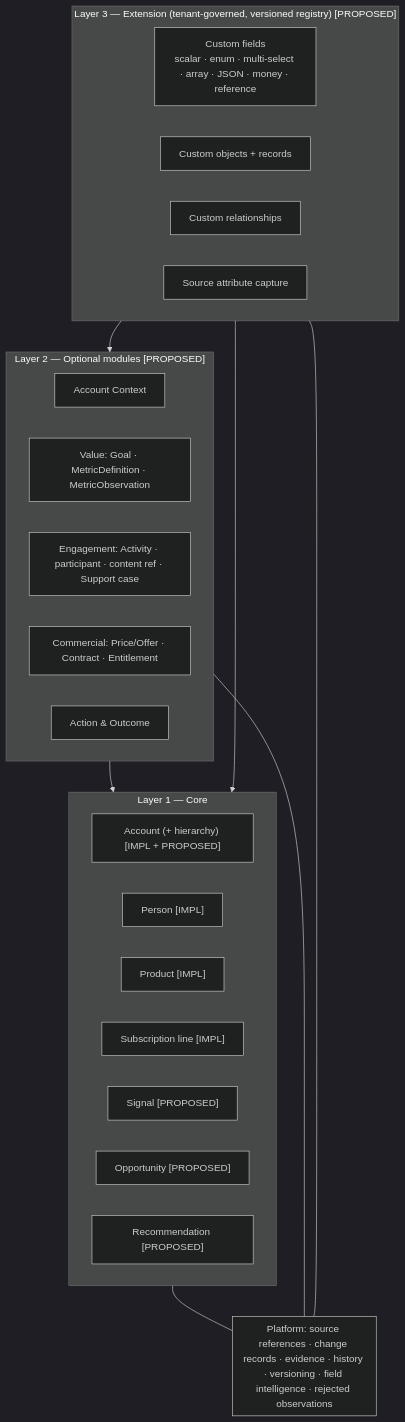
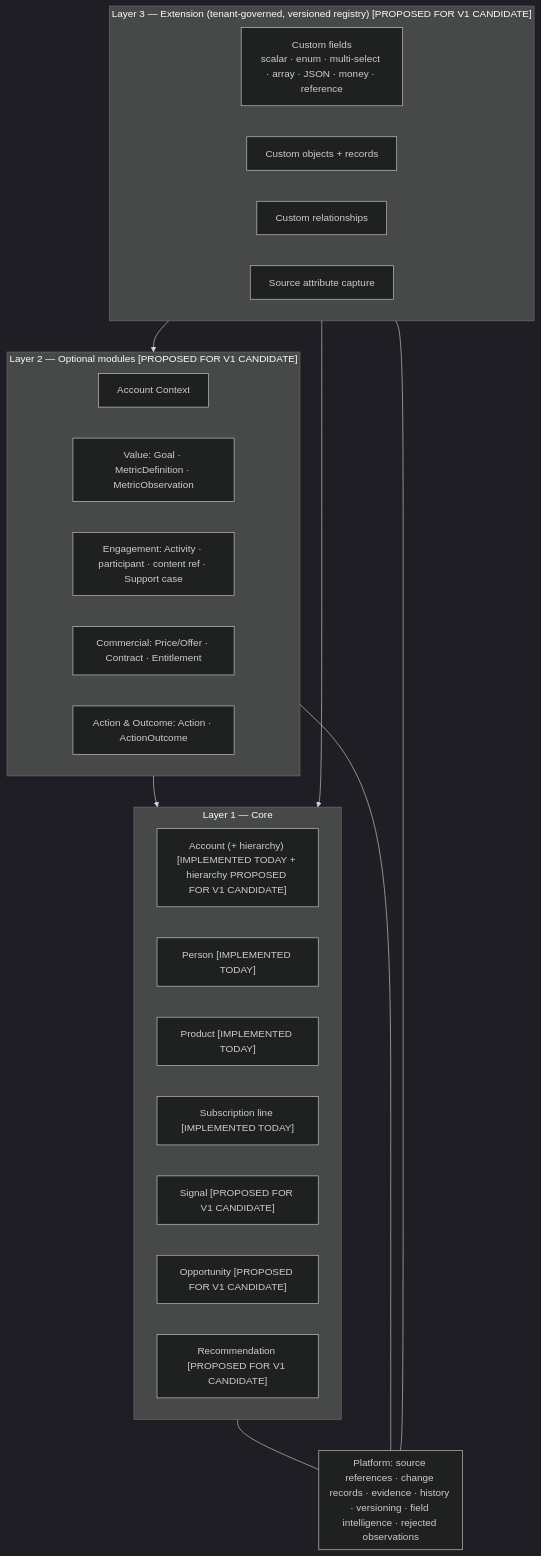
One commit to dataanalystram/revenueintelligence changed the second of 5 diagrams in docs/architecture/canonical-v1/CANDIDATE.md. Above: the diagram before and after it, drawn with Mermaid (dark theme). The commit also changed other lines of this file and 9 other files, not shown here.

First line of the commit message:
M9E E11: consistency and architecture pressure check (documentation only)

````diff
--- a/docs/architecture/canonical-v1/CANDIDATE.md
+++ b/docs/architecture/canonical-v1/CANDIDATE.md
@@ -62,32 +63,32 @@
 ```mermaid
 flowchart TB
-  subgraph EXT["Layer 3 — Extension (tenant-governed, versioned registry) [PROPOSED]"]
+  subgraph EXT["Layer 3 — Extension (tenant-governed, versioned registry) [PROPOSED FOR V1 CANDIDATE]"]
     CF["Custom fields<br/>scalar · enum · multi-select · array · JSON · money · reference"]
     CO["Custom objects + records"]
     CR["Custom relationships"]
     SA["Source attribute capture"]
   end
-  subgraph MOD["Layer 2 — Optional modules [PROPOSED]"]
+  subgraph MOD["Layer 2 — Optional modules [PROPOSED FOR V1 CANDIDATE]"]
     AC["Account Context"]
     VAL["Value: Goal · MetricDefinition · MetricObservation"]
     ENG["Engagement: Activity · participant · content ref · Support case"]
     COM["Commercial: Price/Offer · Contract · Entitlement"]
-    AO["Action & Outcome"]
+    AO["Action & Outcome: Action · ActionOutcome"]
   end
   subgraph CORE["Layer 1 — Core"]
-    ACC["Account (+ hierarchy) [IMPL + PROPOSED]"]
-    PER["Person [IMPL]"]
-    PRD["Product [IMPL]"]
-    SUB["Subscription line [IMPL]"]
-    SIG["Signal [PROPOSED]"]
-    OPP["Opportunity [PROPOSED]"]
-    REC["Recommendation [PROPOSED]"]
+    ACC["Account (+ hierarchy) [IMPLEMENTED TODAY + hierarchy PROPOSED FOR V1 CANDIDATE]"]
+    PER["Person [IMPLEMENTED TODAY]"]
+    PRD["Product [IMPLEMENTED TODAY]"]
+    SUB["Subscription line [IMPLEMENTED TODAY]"]
+    SIG["Signal [PROPOSED FOR V1 CANDIDATE]"]
+    OPP["Opportunity [PROPOSED FOR V1 CANDIDATE]"]
+    REC["Recommendation [PROPOSED FOR V1 CANDIDATE]"]
   end
   subgraph PLAT["Platform: source references · change records · evidence · history · versioning · field intelligence · rejected observations"]
   end
   EXT --> MOD --> CORE
   EXT --> CORE
   CORE --- PLAT
   MOD --- PLAT
   EXT --- PLAT
 ```
````
